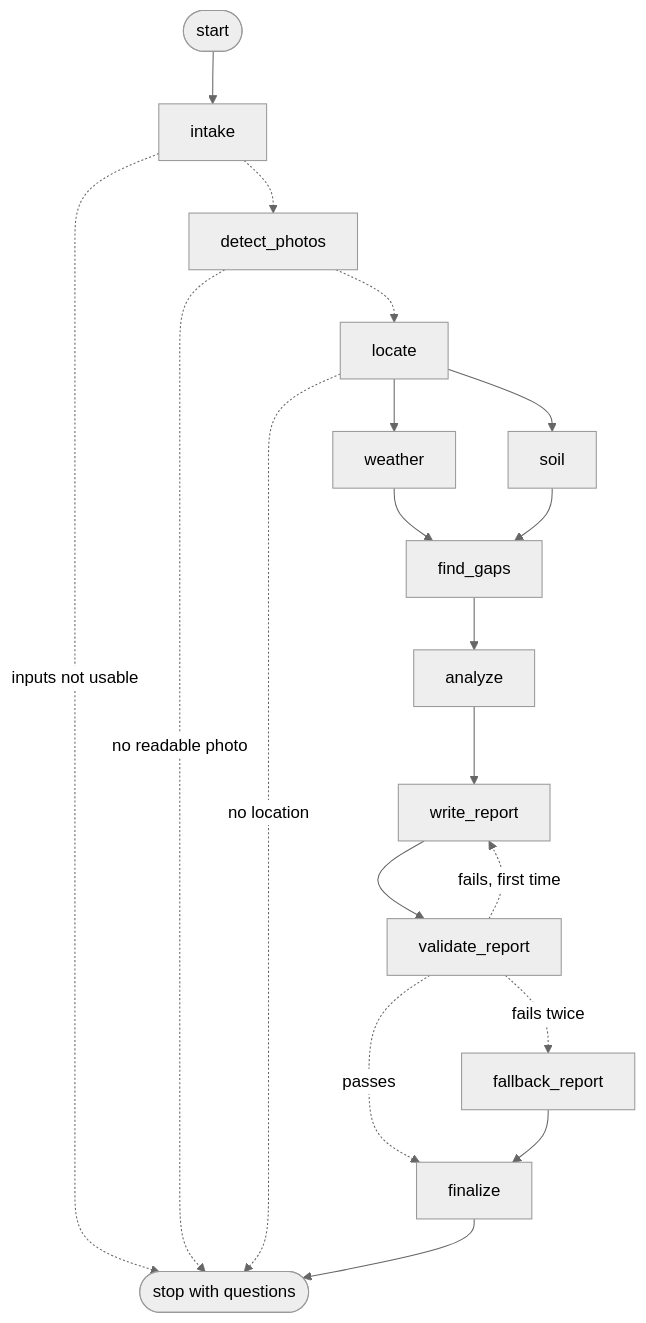
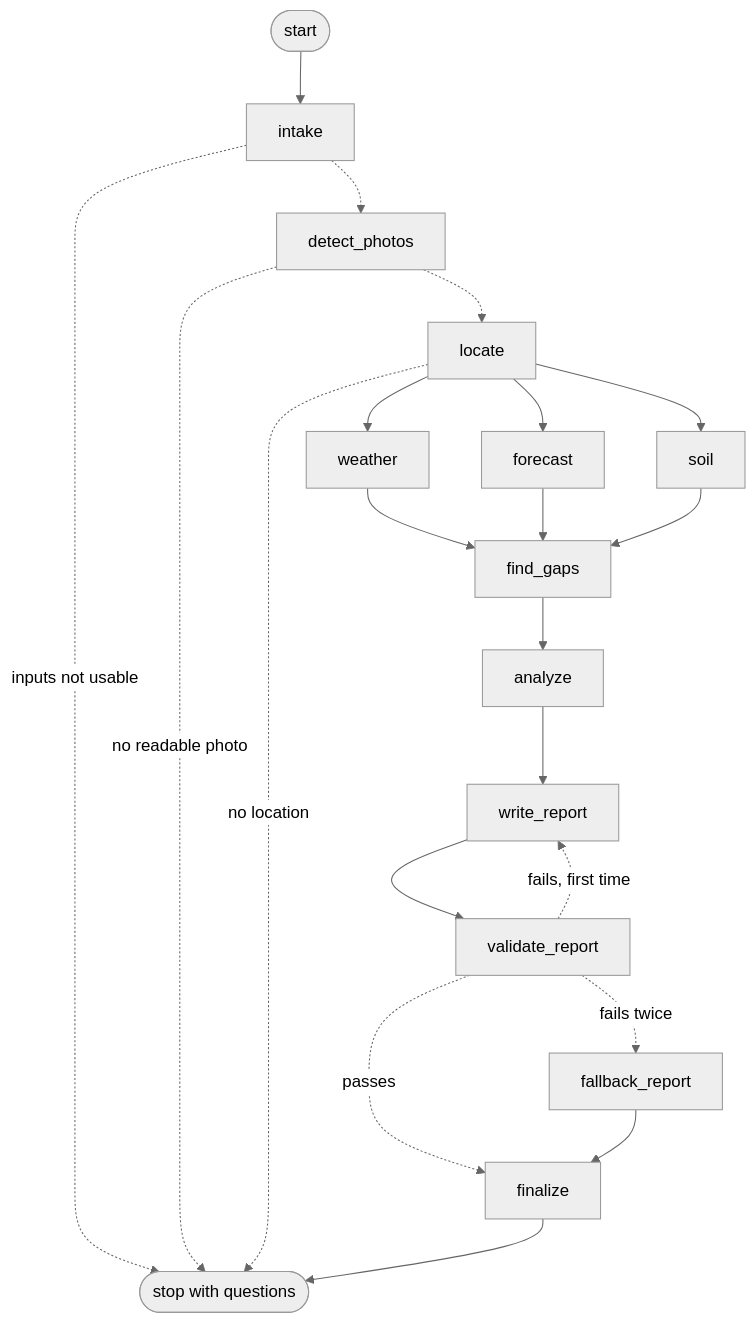
The diagram in docs/FIELD_REPORT.md (srujansrutha/GWD-workflow), drawn with Mermaid (neutral theme) before and after one commit. The commit also changed other lines of this file and 22 other files, not shown here.

````diff
--- a/docs/FIELD_REPORT.md
+++ b/docs/FIELD_REPORT.md
@@ -42,21 +44,23 @@
 ```mermaid
 graph TD;
 	__start__([start]) --> intake;
 	intake -.->|inputs not usable| __end__([stop with questions]);
 	intake -.-> detect_photos;
 	detect_photos -.-> locate;
 	detect_photos -.->|no readable photo| __end__;
 	locate -.->|no location| __end__;
 	locate --> weather;
+	locate --> forecast;
 	locate --> soil;
 	weather --> find_gaps;
+	forecast --> find_gaps;
 	soil --> find_gaps;
 	find_gaps --> analyze;
 	analyze --> write_report;
 	write_report --> validate_report;
 	validate_report -.->|passes| finalize;
 	validate_report -.->|fails, first time| write_report;
 	validate_report -.->|fails twice| fallback_report;
 	fallback_report --> finalize;
 	finalize --> __end__;
 ```
````
